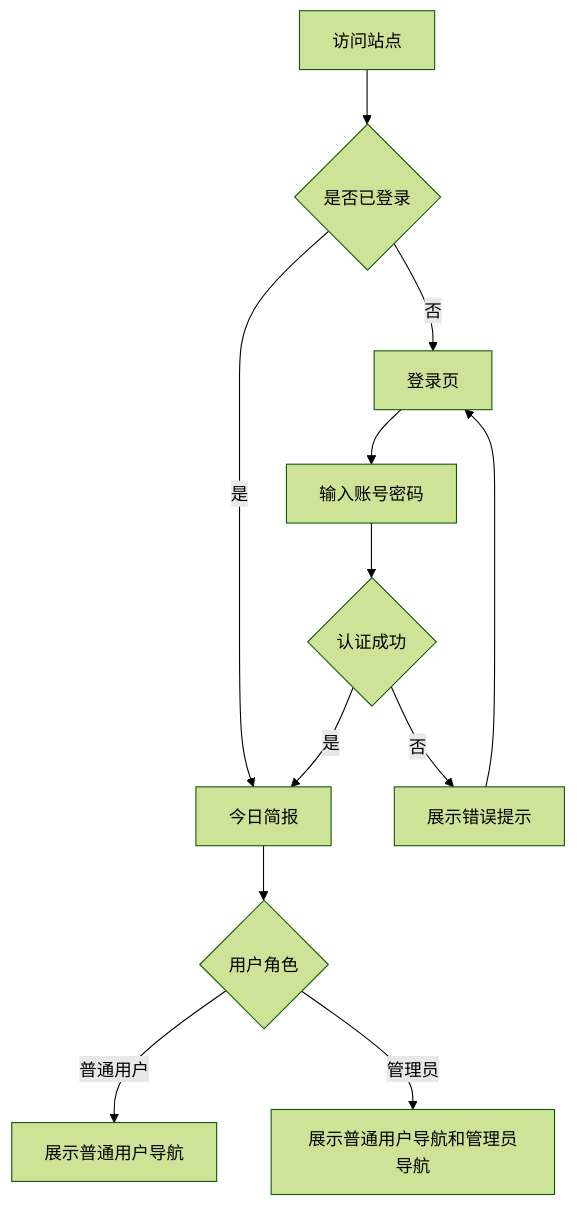
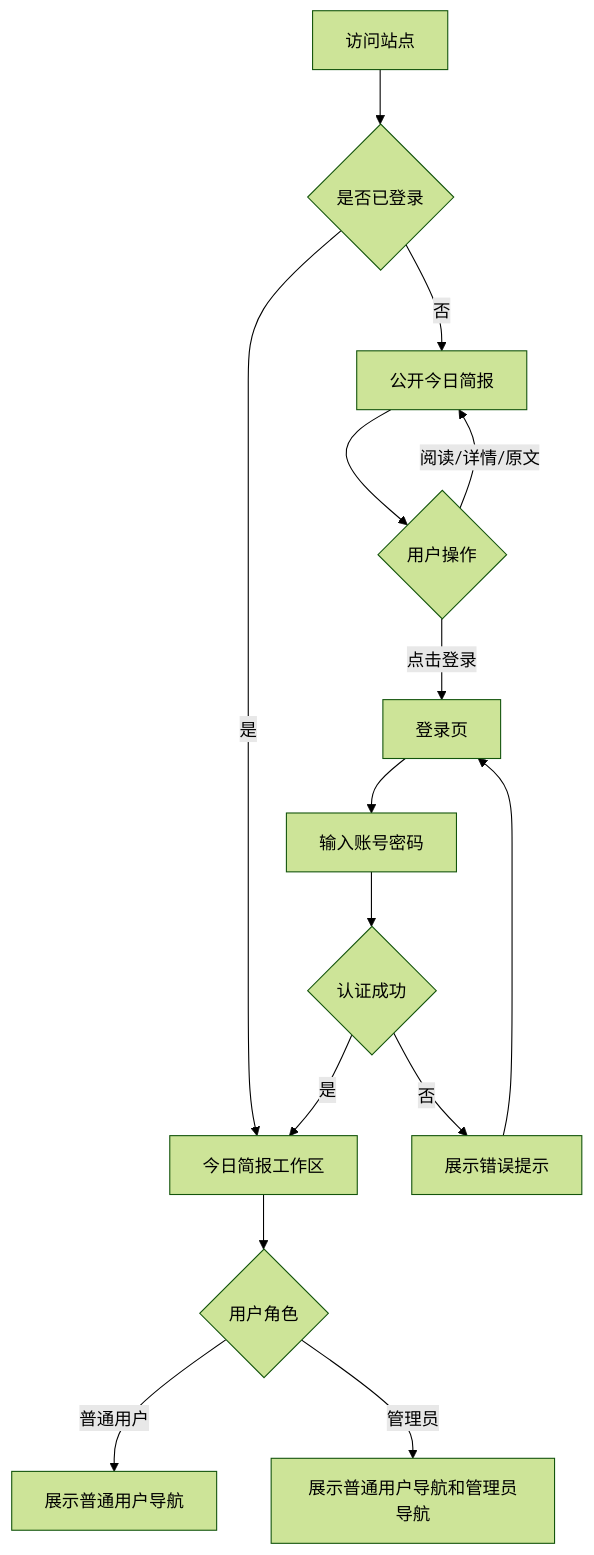
One commit to ZJM189/Daily_News changed the third of 11 diagrams in docs/product/page-flow.md. Above: the diagram before and after it, drawn with Mermaid (forest theme). The commit also changed other lines of this file and 15 other files, not shown here.

````diff
--- a/docs/product/page-flow.md
+++ b/docs/product/page-flow.md
@@ -72,14 +85,17 @@
 ```mermaid
 flowchart TD
     A[访问站点] --> B{是否已登录}
-    B -- 是 --> C[今日简报]
-    B -- 否 --> D[登录页]
-    D --> E[输入账号密码]
-    E --> F{认证成功}
-    F -- 是 --> C
-    F -- 否 --> G[展示错误提示]
-    G --> D
-    C --> H{用户角色}
-    H -- 普通用户 --> I[展示普通用户导航]
-    H -- 管理员 --> J[展示普通用户导航和管理员导航]
+    B -- 否 --> C[公开今日简报]
+    B -- 是 --> D[今日简报工作区]
+    C --> E{用户操作}
+    E -- 阅读/详情/原文 --> C
+    E -- 点击登录 --> F[登录页]
+    F --> G[输入账号密码]
+    G --> H{认证成功}
+    H -- 否 --> I[展示错误提示]
+    I --> F
+    H -- 是 --> D
+    D --> J{用户角色}
+    J -- 普通用户 --> K[展示普通用户导航]
+    J -- 管理员 --> L[展示普通用户导航和管理员导航]
 ```
````
